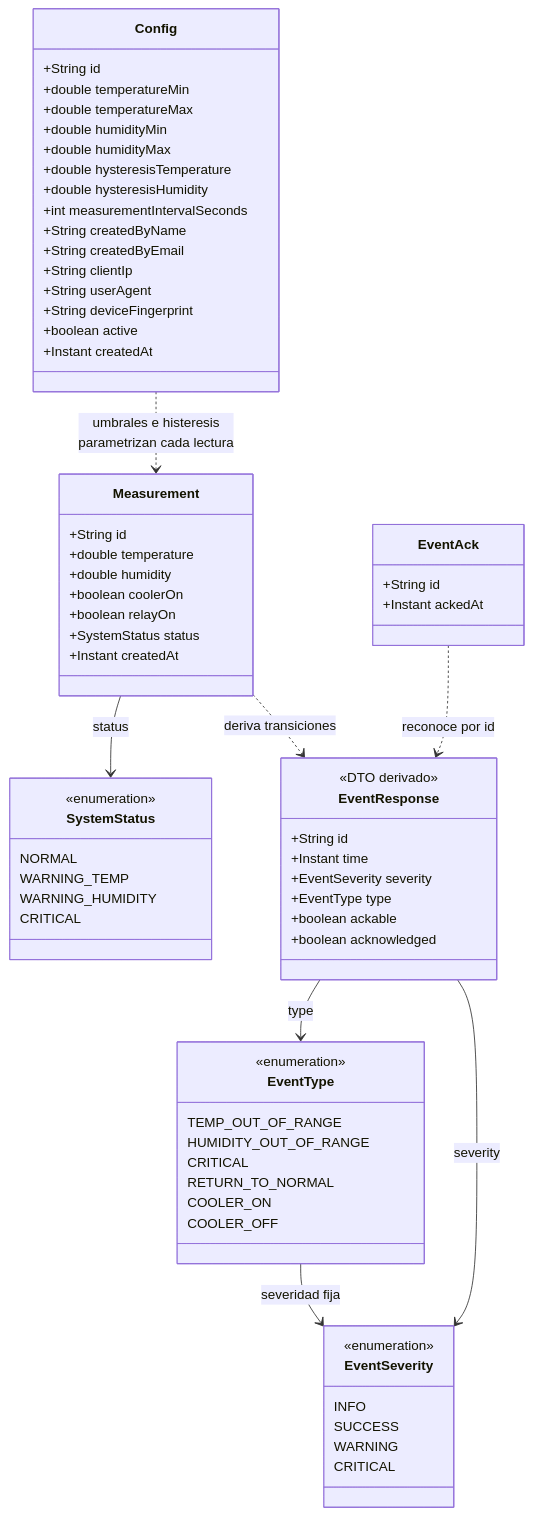
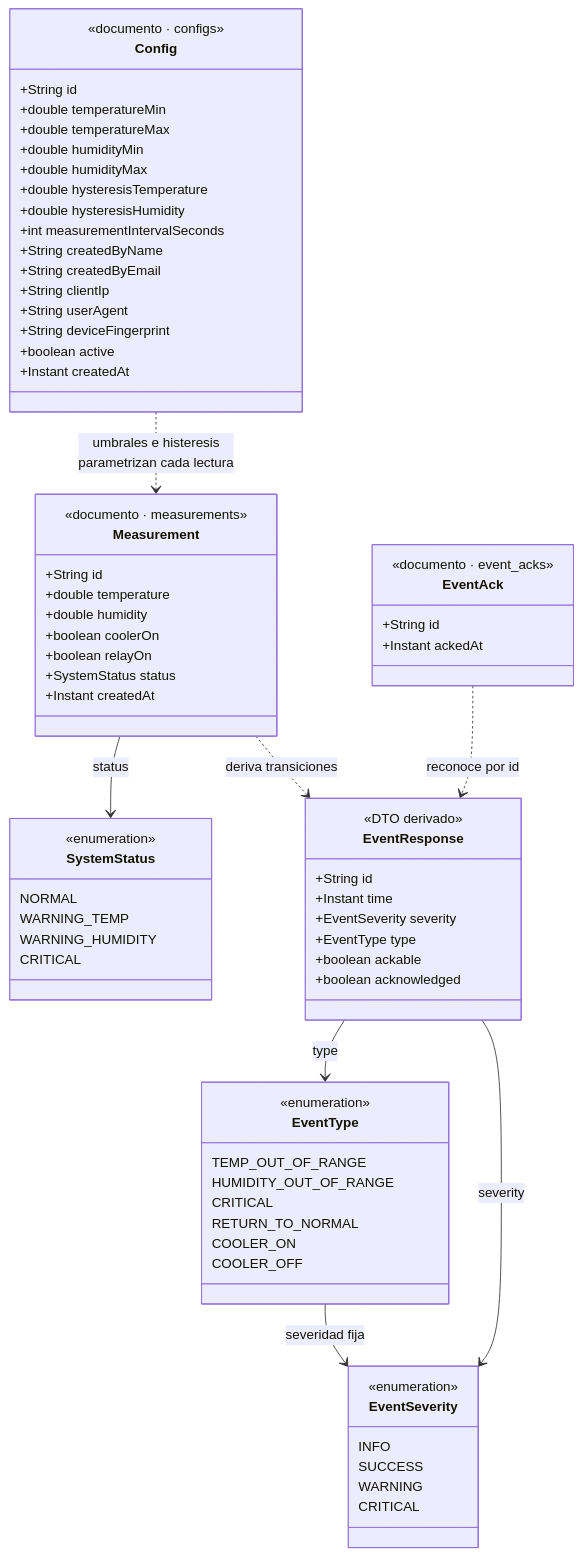
The tenth of 11 diagrams in README.md (andinogabriel/plc-control-backend), drawn with Mermaid before and after one commit. The commit also changed other lines of this file, not shown here.

Commit message:
docs(readme): color-code data-model UML (persisted documents vs derived DTO) + id-type note

````diff
--- a/README.md
+++ b/README.md
@@ -481,6 +481,7 @@
 ```mermaid
 classDiagram
     class Config {
+        <<documento · configs>>
         +String id
         +double temperatureMin
         +double temperatureMax
@@ -498,6 +499,7 @@
         +Instant createdAt
     }
     class Measurement {
+        <<documento · measurements>>
         +String id
         +double temperature
         +double humidity
@@ -507,6 +509,7 @@
         +Instant createdAt
     }
     class EventAck {
+        <<documento · event_acks>>
         +String id
         +Instant ackedAt
     }
@@ -550,4 +553,16 @@
     EventResponse --> EventType : type
     EventResponse --> EventSeverity : severity
     EventType --> EventSeverity : severidad fija
+
+    classDef doc fill:#0e7490,stroke:#22d3ee,color:#ffffff
+    classDef dto fill:#b45309,stroke:#fbbf24,color:#ffffff,stroke-dasharray:4 3
+    classDef enumeration fill:#334155,stroke:#94a3b8,color:#e2e8f0
+
+    class Config:::doc
+    class Measurement:::doc
+    class EventAck:::doc
+    class EventResponse:::dto
+    class SystemStatus:::enumeration
+    class EventType:::enumeration
+    class EventSeverity:::enumeration
 ```
````
